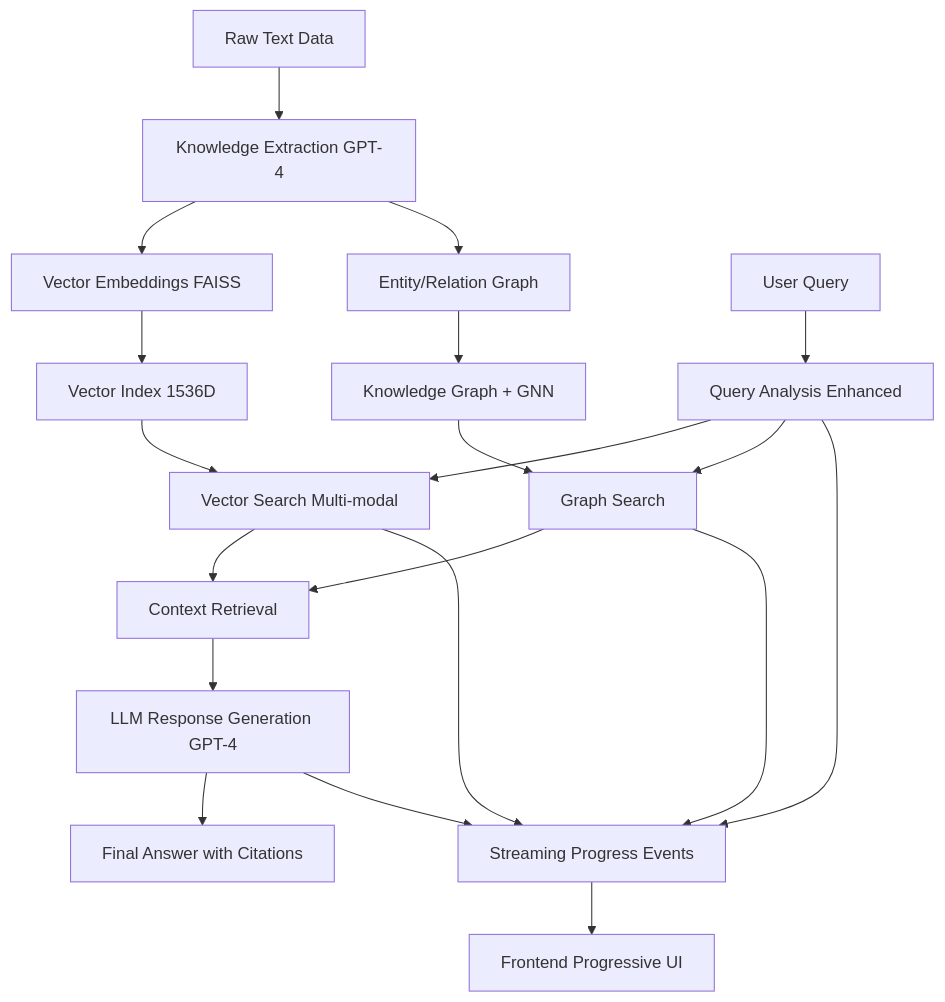
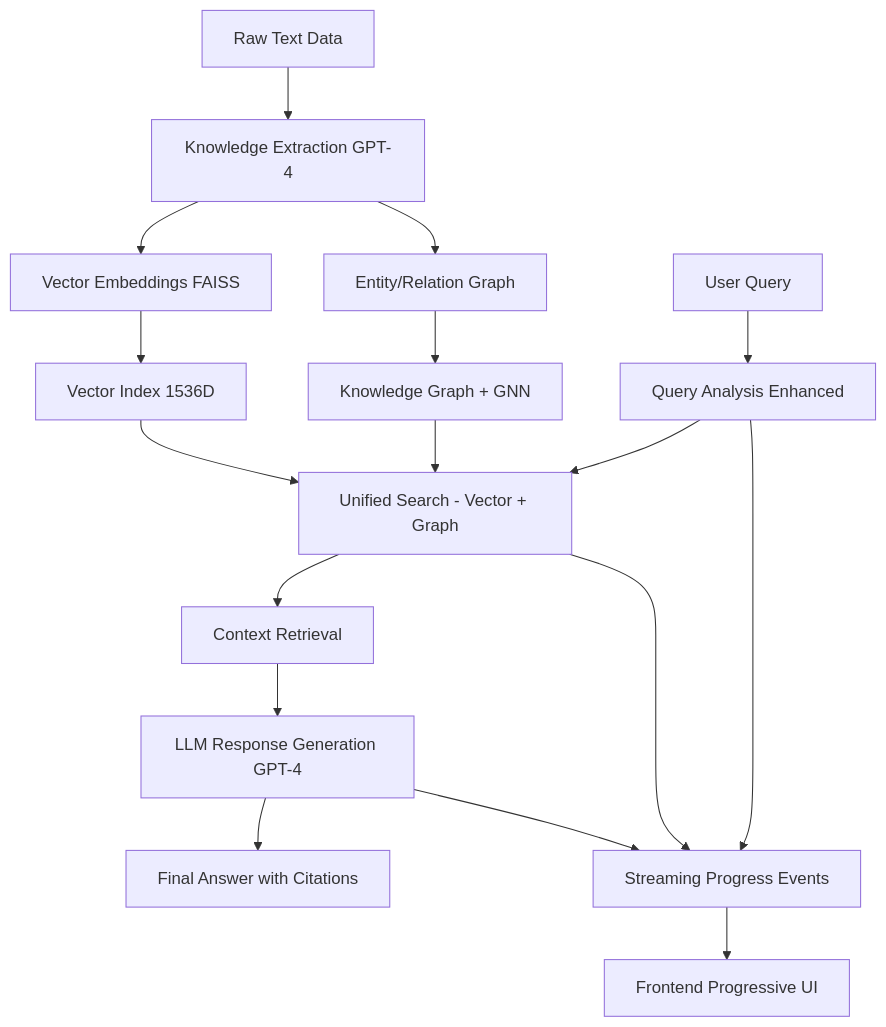
The diagram in README.md (david3xu/azure-maintie-rag), drawn with Mermaid before and after one commit. The commit also changed other lines of this file and 6 other files, not shown here.

````diff
--- a/README.md
+++ b/README.md
@@ -331,24 +331,21 @@
 ```mermaid
 graph TD
     A[Raw Text Data] --> B[Knowledge Extraction GPT-4]
     B --> C[Vector Embeddings FAISS]
     B --> D[Entity/Relation Graph]
     C --> E[Vector Index 1536D]
     D --> F[Knowledge Graph + GNN]
     G[User Query] --> H[Query Analysis Enhanced]
-    H --> I[Vector Search Multi-modal]
-    H --> J[Graph Search]
+    H --> I[Unified Search - Vector + Graph]
+    F --> I
+    E --> I
     I --> K[Context Retrieval]
-    J --> K
-    F --> J
-    E --> I
     K --> L[LLM Response Generation GPT-4]
     L --> M[Final Answer with Citations]
 
     %% Real-time streaming
     H --> N[Streaming Progress Events]
     I --> N
-    J --> N
     L --> N
     N --> O[Frontend Progressive UI]
 ```
````
